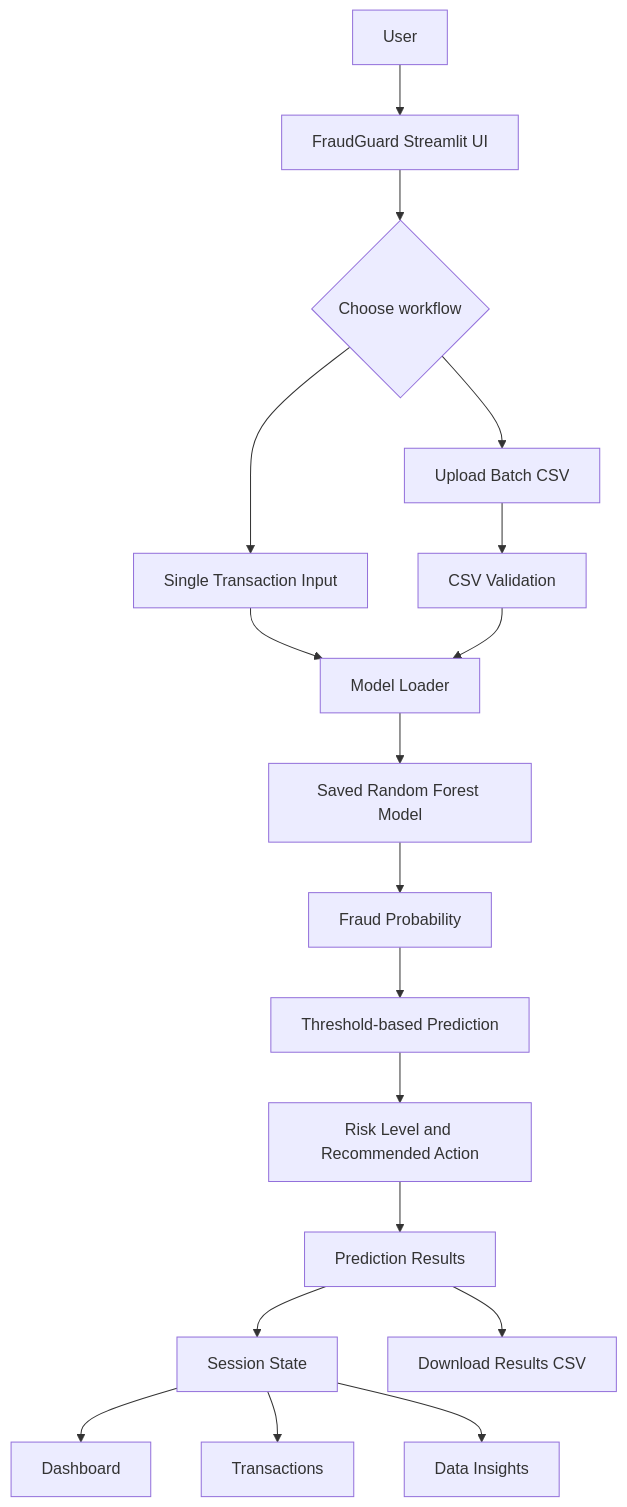
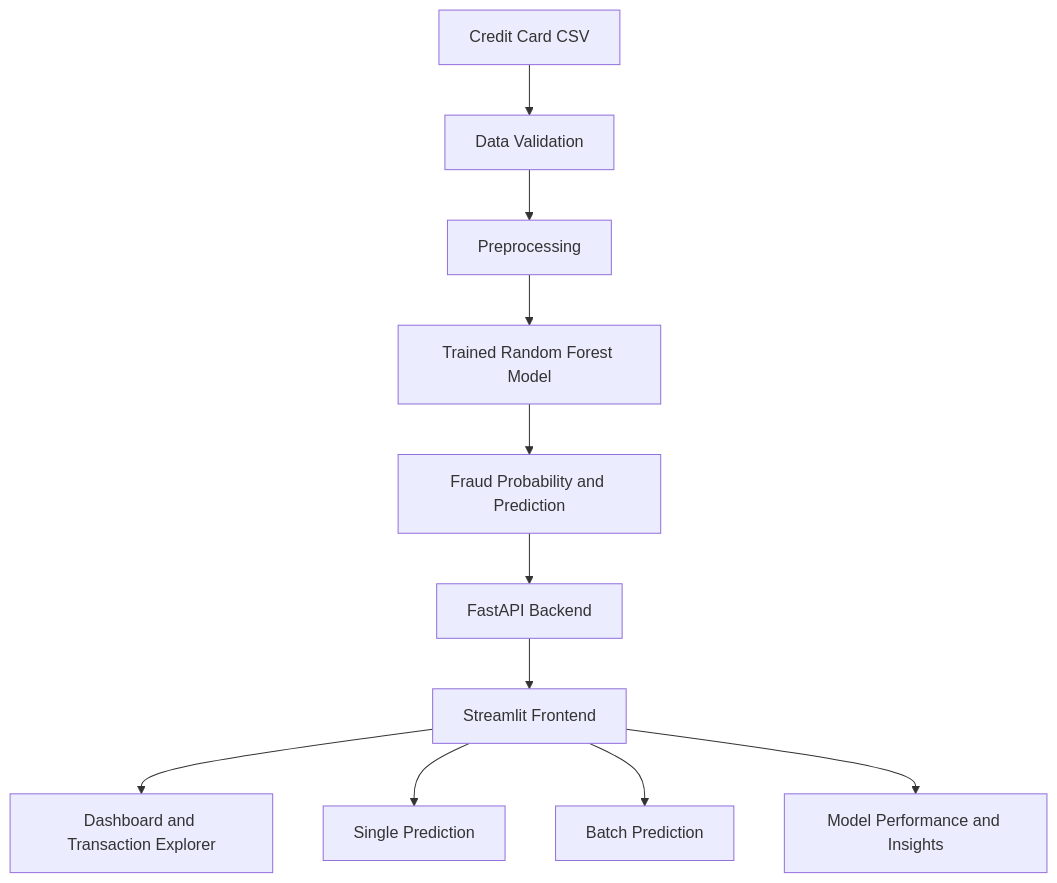
The diagram in README.md (ajity202/Credit-card-fraud-detection), drawn with Mermaid before and after one commit. The commit also changed other lines of this file, not shown here.

````diff
--- a/README.md
+++ b/README.md
@@ -66,20 +133,13 @@
 ```mermaid
 flowchart TD
-    A[User] --> B[FraudGuard Streamlit UI]
-    B --> C{Choose workflow}
-    C --> D[Single Transaction Input]
-    C --> E[Upload Batch CSV]
-    D --> F[Model Loader]
-    E --> G[CSV Validation]
-    G --> F
-    F --> H[Saved Random Forest Model]
-    H --> I[Fraud Probability]
-    I --> J[Threshold-based Prediction]
-    J --> K[Risk Level and Recommended Action]
-    K --> L[Prediction Results]
-    L --> M[Session State]
-    M --> N[Dashboard]
-    M --> O[Transactions]
-    M --> P[Data Insights]
-    L --> Q[Download Results CSV]
+    A[Credit Card CSV] --> B[Data Validation]
+    B --> C[Preprocessing]
+    C --> D[Trained Random Forest Model]
+    D --> E[Fraud Probability and Prediction]
+    E --> F[FastAPI Backend]
+    F --> G[Streamlit Frontend]
+    G --> H[Dashboard and Transaction Explorer]
+    G --> I[Single Prediction]
+    G --> J[Batch Prediction]
+    G --> K[Model Performance and Insights]
 ```
````
